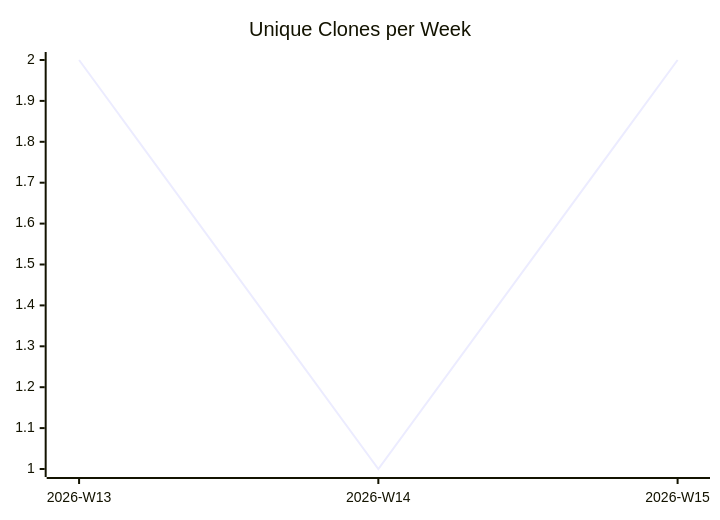
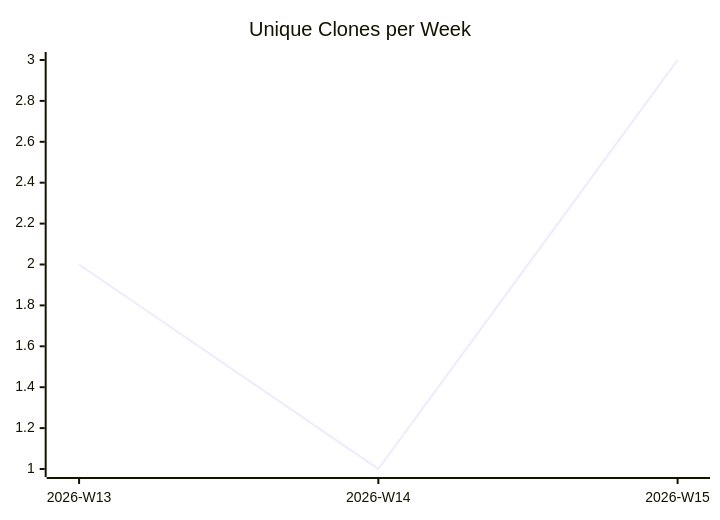
Before and after one commit to justdavis-family/github-analytics-data: the third of 3 diagrams in karlmdavis/kobjects/README.md, drawn with Mermaid. The commit also changed other lines of this file and 192 other files, not shown here.

````diff
--- a/karlmdavis/kobjects/README.md
+++ b/karlmdavis/kobjects/README.md
@@ -19,6 +19,6 @@
 ```mermaid
 xychart-beta
   title "Unique Clones per Week"
   x-axis ["2026-W13", "2026-W14", "2026-W15"]
-  line [2, 1, 2]
+  line [2, 1, 3]
 ```
````
